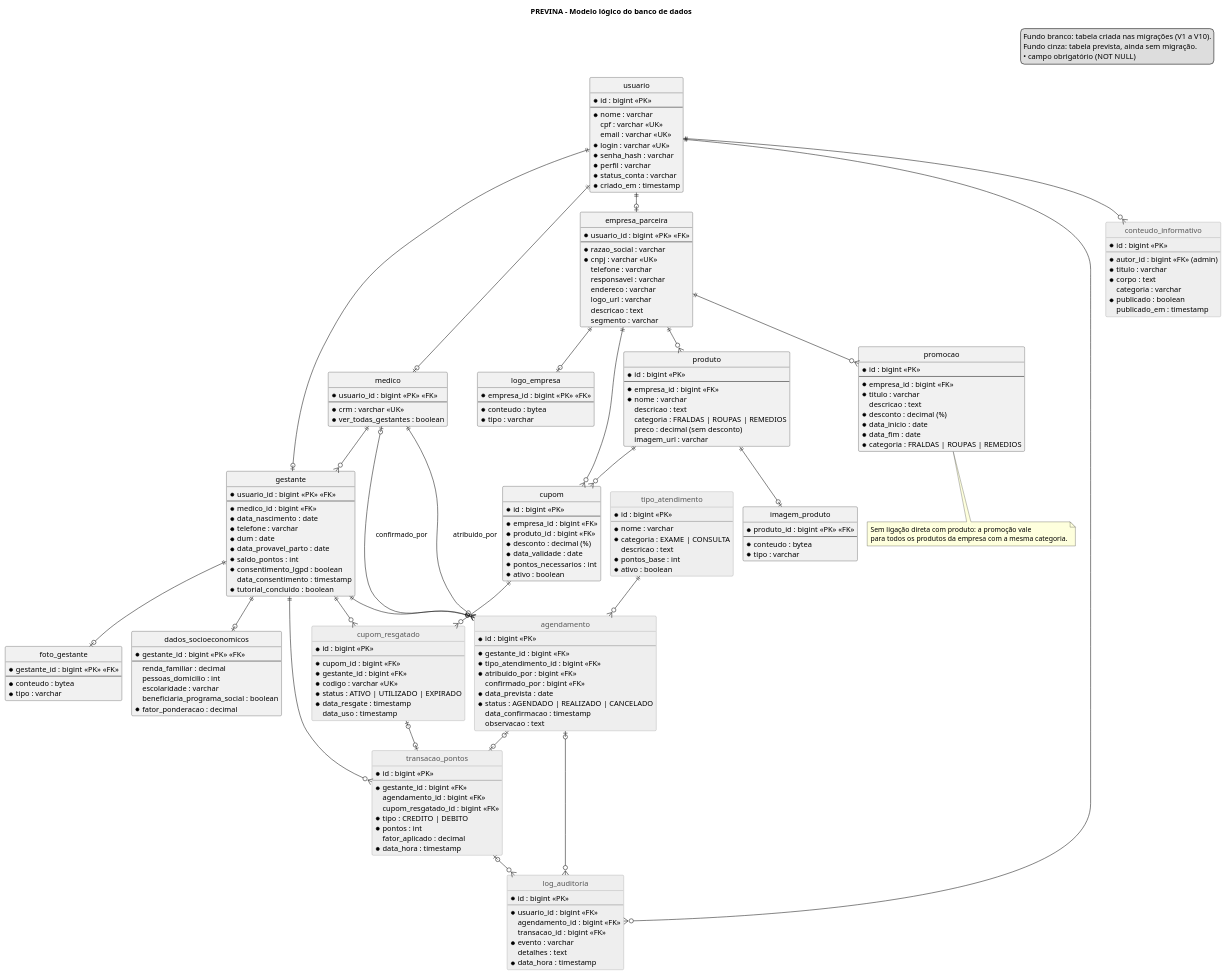
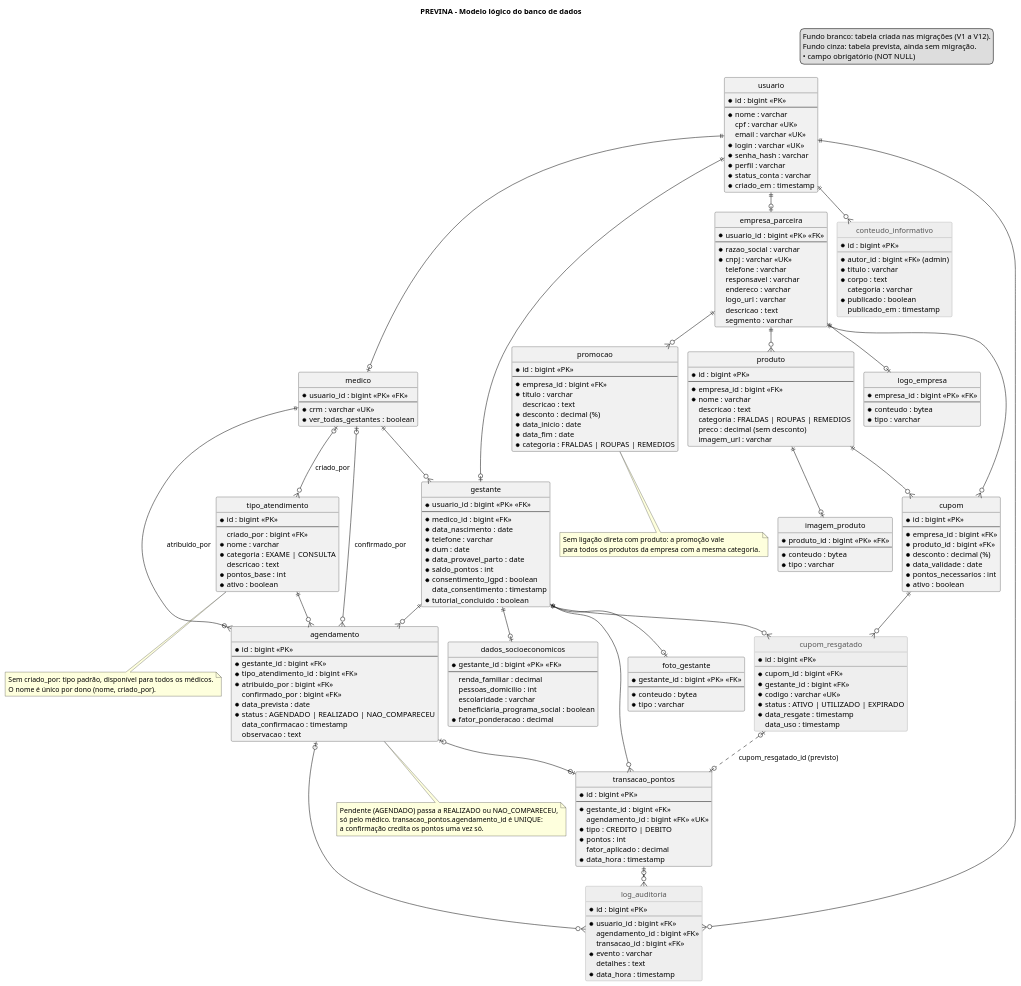
One commit to CozyShelf/previna-backend changed the diagram in docs/domain/dominio/dominio.puml. Above: the diagram before and after it, drawn with PlantUML. The commit also changed 59 other files, not shown here.

```diff
--- a/docs/domain/dominio/dominio.puml
+++ b/docs/domain/dominio/dominio.puml
@@ -10,7 +10,7 @@
 }
 
 legend top right
-  Fundo branco: tabela criada nas migrações (V1 a V10).
+  Fundo branco: tabela criada nas migrações (V1 a V12).
   Fundo cinza: tabela prevista, ainda sem migração.
   • campo obrigatório (NOT NULL)
 endlegend
@@ -127,9 +127,10 @@
   * ativo : boolean
 }
 
-entity tipo_atendimento <<previsto>> {
+entity tipo_atendimento {
   * id : bigint <<PK>>
   --
+  criado_por : bigint <<FK>>
   * nome : varchar
   * categoria : EXAME | CONSULTA
   descricao : text
@@ -137,7 +138,7 @@
   * ativo : boolean
 }
 
-entity agendamento <<previsto>> {
+entity agendamento {
   * id : bigint <<PK>>
   --
   * gestante_id : bigint <<FK>>
@@ -145,17 +146,16 @@
   * atribuido_por : bigint <<FK>>
   confirmado_por : bigint <<FK>>
   * data_prevista : date
-  * status : AGENDADO | REALIZADO | CANCELADO
+  * status : AGENDADO | REALIZADO | NAO_COMPARECEU
   data_confirmacao : timestamp
   observacao : text
 }
 
-entity transacao_pontos <<previsto>> {
+entity transacao_pontos {
   * id : bigint <<PK>>
   --
   * gestante_id : bigint <<FK>>
-  agendamento_id : bigint <<FK>>
-  cupom_resgatado_id : bigint <<FK>>
+  agendamento_id : bigint <<FK>> <<UK>>
   * tipo : CREDITO | DEBITO
   * pontos : int
   fator_aplicado : decimal
@@ -219,12 +219,24 @@
 tipo_atendimento ||--o{ agendamento
 medico ||--o{ agendamento : atribuido_por
 medico |o--o{ agendamento : confirmado_por
+medico |o--o{ tipo_atendimento : criado_por
 
 gestante ||--o{ transacao_pontos
 agendamento |o--o| transacao_pontos
-cupom_resgatado |o--o| transacao_pontos
+cupom_resgatado |o..o| transacao_pontos : cupom_resgatado_id (previsto)
 agendamento |o--o{ log_auditoria
 transacao_pontos |o--o{ log_auditoria
+
+note bottom of tipo_atendimento
+  Sem criado_por: tipo padrão, disponível para todos os médicos.
+  O nome é único por dono (nome, criado_por).
+end note
+
+note bottom of agendamento
+  Pendente (AGENDADO) passa a REALIZADO ou NAO_COMPARECEU,
+  só pelo médico. transacao_pontos.agendamento_id é UNIQUE:
+  a confirmação credita os pontos uma vez só.
+end note
 
 note bottom of promocao
   Sem ligação direta com produto: a promoção vale
```
